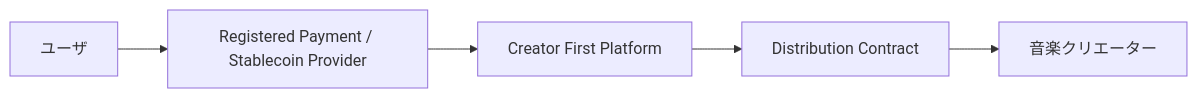
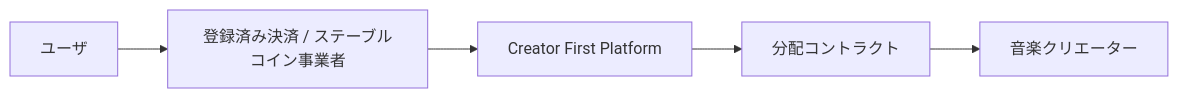
Before and after one commit to ShigeichiroYamasaki/creator-first-platform: diagram 11 of 45 in docs/whitepaper/11-legal-sto-tax.md, drawn with Mermaid. The commit also changed other lines of this file and 72 other files, not shown here.

````diff
--- a/docs/whitepaper/11-legal-sto-tax.md
+++ b/docs/whitepaper/11-legal-sto-tax.md
@@ -318,11 +318,11 @@
 ```mermaid
 flowchart LR
     USER[ユーザ]
-    REG[Registered Payment / Stablecoin Provider]
+    REG[登録済み決済 / ステーブルコイン事業者]
     CFP[Creator First Platform]
-    CONTRACT[Distribution Contract]
+    CONTRACT[分配コントラクト]
     CREATOR[音楽クリエーター]
 
     USER --> REG --> CFP
     CFP --> CONTRACT --> CREATOR
 ```
````
